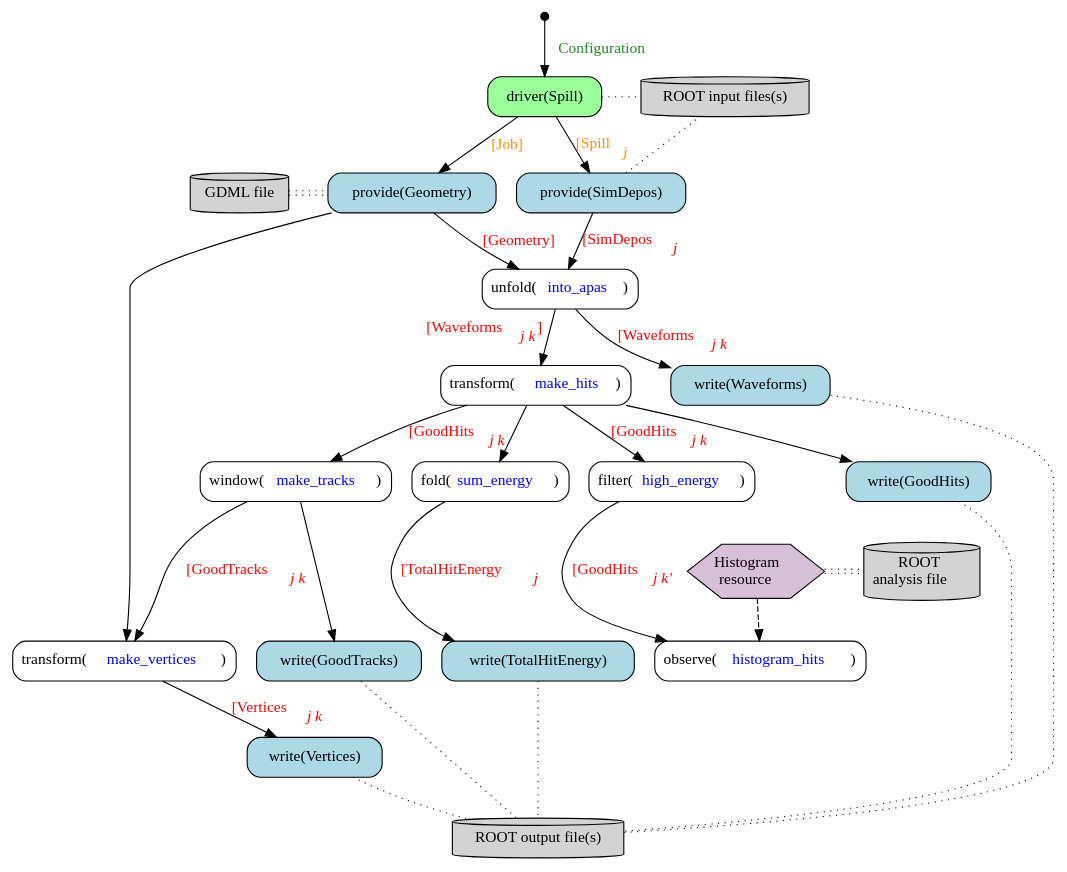
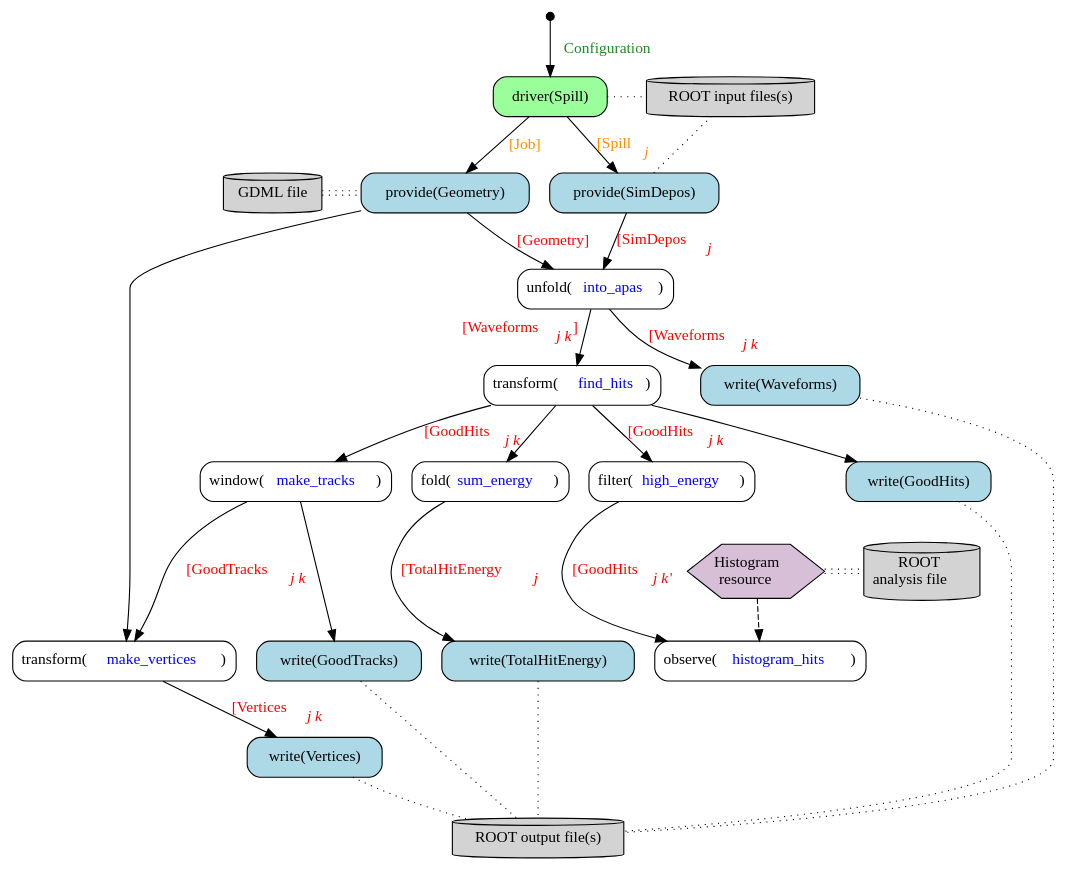
The diagram in doc/work-flow.gv (Framework-R-D/phlex-design), drawn with Graphviz before and after one commit. The commit also changed 1 other file, not shown here.

Commit message:
Adjust registration examples to reflect workflow graph

```diff
--- a/doc/work-flow.gv
+++ b/doc/work-flow.gv
@@ -1,86 +1,86 @@
 digraph {
   node [shape="box", style="rounded"]
   edge [fontcolor="red"];
 
   start [shape="point", width=0.1];
   unfold_into_apas [label=<unfold(<font color="blue">into_apas</font>)>];
-  transform_make_hits [label=<transform(<font color="blue">make_hits</font>)>];
+  transform_find_hits [label=<transform(<font color="blue">find_hits</font>)>];
   filter_high_energy [label=<filter(<font color="blue">high_energy</font>)>];
   window_make_tracks [label=<window(<font color="blue">make_tracks</font>)>];
   out [label="ROOT output file(s)", shape="cylinder", style="filled", fillcolor="lightgray"];
 
   observe_histogram_hits [label=<observe(<font color="blue">histogram_hits</font>)>];
   transform_make_vertices [label=<transform(<font color="blue">make_vertices</font>)>];
   fold_total_energy [label=<fold(<font color="blue">sum_energy</font>)>];
 
   // Histogram resource
   resource [label=<Histogram<br/> resource>,
             shape=hexagon,
             style=filled,
             fillcolor=thistle,
             margin=0];
   root [label=<ROOT<br/> analysis file>, style=filled, shape=cylinder];
 
   gdml [label="GDML file", shape="cylinder", style="filled", fillcolor="lightgray"]
   driver [label="driver(Spill)", style="rounded,filled",fillcolor="palegreen1"];
   input [label="ROOT input files(s)", shape="cylinder", style="filled", fillcolor="lightgray"];
 
   // Providers
   geometry_provider [label="provide(Geometry)", style="filled,rounded", fillcolor="lightblue"];
   sim_depos_provider [label="provide(SimDepos)", style="filled,rounded" fillcolor="lightblue"];
 
   // Writers
   waveforms_writer [label="write(Waveforms)", style="filled,rounded", fillcolor="lightblue"];
   total_energy_writer [label="write(TotalHitEnergy)", style="filled,rounded", fillcolor="lightblue"];
   tracks_writer [label="write(GoodTracks)", style="filled,rounded", fillcolor="lightblue"];
   vertices_writer [label="write(Vertices)", style="filled,rounded", fillcolor="lightblue"];
   hits_writer [label="write(GoodHits)", style="filled,rounded" fillcolor="lightblue"];
 
   start -> driver [label=" Configuration", fontcolor="forestgreen"];
   driver -> input [style="dotted", arrowhead=none];
   driver -> geometry_provider [label=" [Job]", fontcolor="darkorange"];
   driver -> sim_depos_provider [label=< [Spill<sub><i>j</i></sub>]>, fontcolor="darkorange"];
 
   gdml -> geometry_provider [arrowhead=none, style="dotted", color="black:invis:black"];
   resource -> root [arrowhead=none, style="dotted", color="black:invis:black"];
 
   sim_depos_provider -> input [style="dotted", arrowhead=none];
   sim_depos_provider -> unfold_into_apas [label=< [SimDepos<sub><i>j</i></sub>]>];
 
   geometry_provider -> unfold_into_apas [label=<[Geometry]>];
   geometry_provider -> transform_make_vertices;
 
-  unfold_into_apas -> transform_make_hits [xlabel=<[Waveforms<sub><i>j k</i></sub>] >];
+  unfold_into_apas -> transform_find_hits [xlabel=<[Waveforms<sub><i>j k</i></sub>] >];
   unfold_into_apas -> waveforms_writer [label=<[Waveforms<sub><i>j k</i></sub>]>];
 
-  transform_make_hits -> filter_high_energy [label=<[GoodHits<sub><i>j k</i></sub>]>];
-  transform_make_hits -> hits_writer;
-  transform_make_hits -> window_make_tracks [label=<[GoodHits<sub><i>j k</i></sub>]>];
-  transform_make_hits -> fold_total_energy;
+  transform_find_hits -> filter_high_energy [label=<[GoodHits<sub><i>j k</i></sub>]>];
+  transform_find_hits -> hits_writer;
+  transform_find_hits -> window_make_tracks [label=<[GoodHits<sub><i>j k</i></sub>]>];
+  transform_find_hits -> fold_total_energy;
 
   window_make_tracks -> transform_make_vertices [label=< [GoodTracks<sub><i>j k</i></sub>]>];
   window_make_tracks -> tracks_writer;
 
   transform_make_vertices -> vertices_writer [label=< [Vertices<sub><i>j k</i></sub>]>];
 
   fold_total_energy -> total_energy_writer [label=< [TotalHitEnergy<sub><i>j</i></sub>]>];
 
   filter_high_energy -> observe_histogram_hits [label=<[GoodHits<sub><i>j k</i> '</sub>]>];
 
   resource -> observe_histogram_hits [style="dashed"];
 
   { total_energy_writer, waveforms_writer, hits_writer, tracks_writer, vertices_writer } -> out [style="dotted", arrowhead=none]
 
   // Making the graph layout better
   { rank=same; driver; input; }
   { rank=same; resource; root; }
   { rank=same; gdml; geometry_provider; sim_depos_provider; }
   { rank=same; window_make_tracks; hits_writer; fold_total_energy; filter_high_energy; }
   { rank=same; transform_make_vertices; observe_histogram_hits; tracks_writer; total_energy_writer; }
 
   // The following edges do not denote any formal relationships; they are intended for influencing the layout.
   edge [style="invis"]
   input -> waveforms_writer;
   filter_high_energy -> resource;
-  transform_make_hits -> waveforms_writer [constraint="false"];
+  transform_find_hits -> waveforms_writer [constraint="false"];
 }
```
